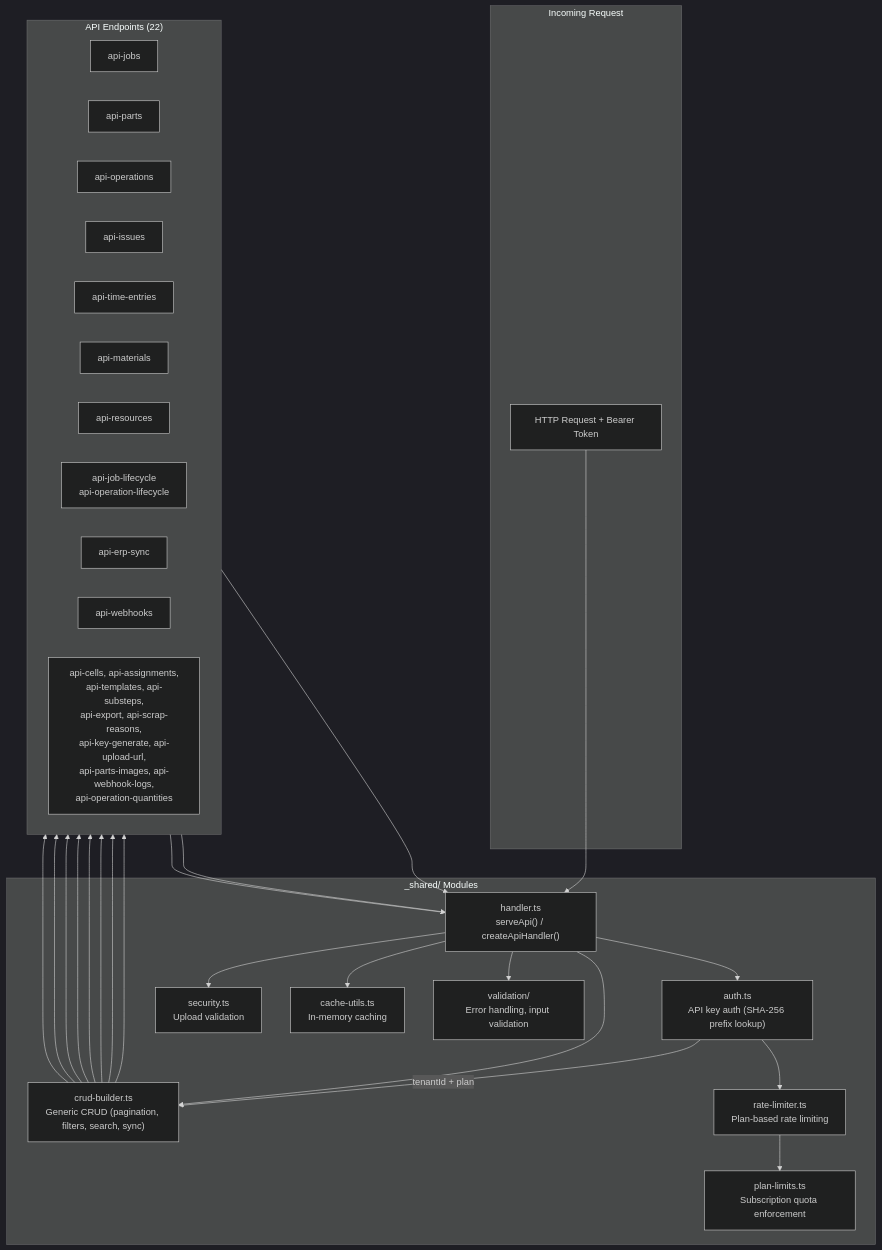
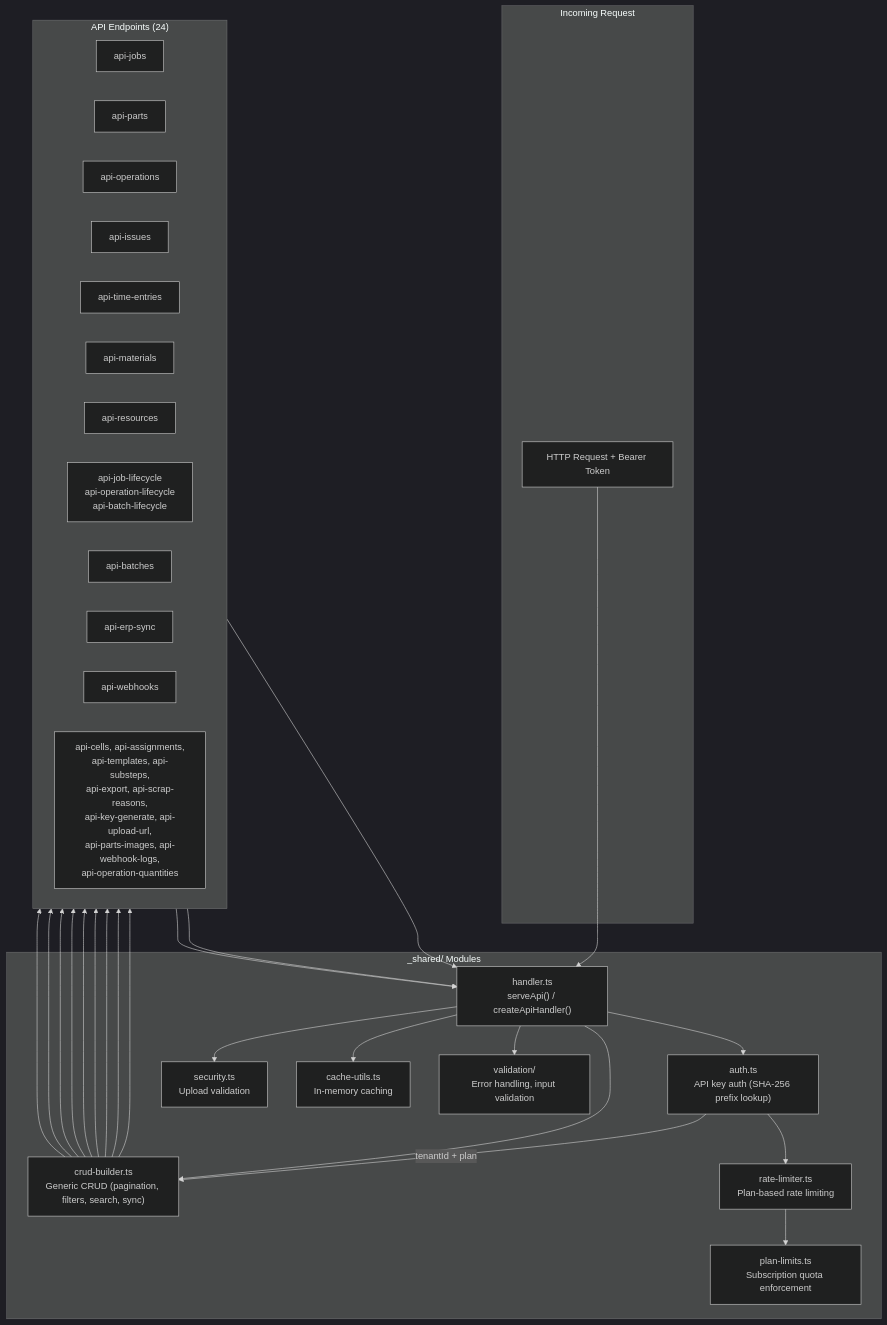
Before and after one commit to SheetMetalConnect/eryxon-flow: the third of 6 diagrams in docs/ARCHITECTURE.md, drawn with Mermaid (dark theme). The commit also changed other lines of this file and 2 other files, not shown here.

Commit message:
docs: add batch API endpoints to API catalog and architecture docs

````diff
--- a/docs/ARCHITECTURE.md
+++ b/docs/ARCHITECTURE.md
@@ -98,44 +98,45 @@
 ```mermaid
 graph TB
     subgraph Request["Incoming Request"]
         HTTP["HTTP Request + Bearer Token"]
     end
 
     subgraph SharedLayer["_shared/ Modules"]
         handler["handler.ts<br/>serveApi() / createApiHandler()"]
         auth["auth.ts<br/>API key auth (SHA-256 prefix lookup)"]
         crud["crud-builder.ts<br/>Generic CRUD (pagination, filters, search, sync)"]
         plans["plan-limits.ts<br/>Subscription quota enforcement"]
         security["security.ts<br/>Upload validation"]
         rateLimit["rate-limiter.ts<br/>Plan-based rate limiting"]
         cache["cache-utils.ts<br/>In-memory caching"]
         validation["validation/<br/>Error handling, input validation"]
     end
 
-    subgraph Endpoints["API Endpoints (22)"]
+    subgraph Endpoints["API Endpoints (24)"]
         direction LR
         jobs[api-jobs]
         parts[api-parts]
         ops[api-operations]
         issues[api-issues]
         time[api-time-entries]
         materials[api-materials]
         resources[api-resources]
-        lifecycle["api-job-lifecycle<br/>api-operation-lifecycle"]
+        lifecycle["api-job-lifecycle<br/>api-operation-lifecycle<br/>api-batch-lifecycle"]
+        batches[api-batches]
         sync[api-erp-sync]
         webhooks[api-webhooks]
         other["api-cells, api-assignments,<br/>api-templates, api-substeps,<br/>api-export, api-scrap-reasons,<br/>api-key-generate, api-upload-url,<br/>api-parts-images, api-webhook-logs,<br/>api-operation-quantities"]
     end
 
     HTTP --> handler
     handler --> auth --> rateLimit --> plans
     auth -->|"tenantId + plan"| crud
     handler --> crud
-    crud --> jobs & parts & ops & issues & time & materials & resources & other
+    crud --> jobs & parts & ops & issues & time & materials & resources & batches & other
     lifecycle --> handler
     sync --> handler
     webhooks --> handler
     handler --> validation
     handler --> cache
     handler --> security
 ```
````
